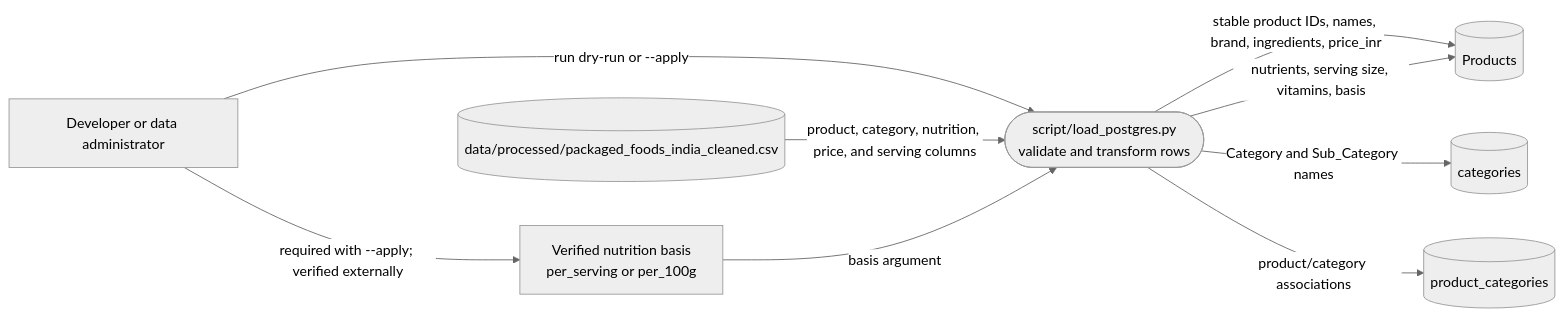
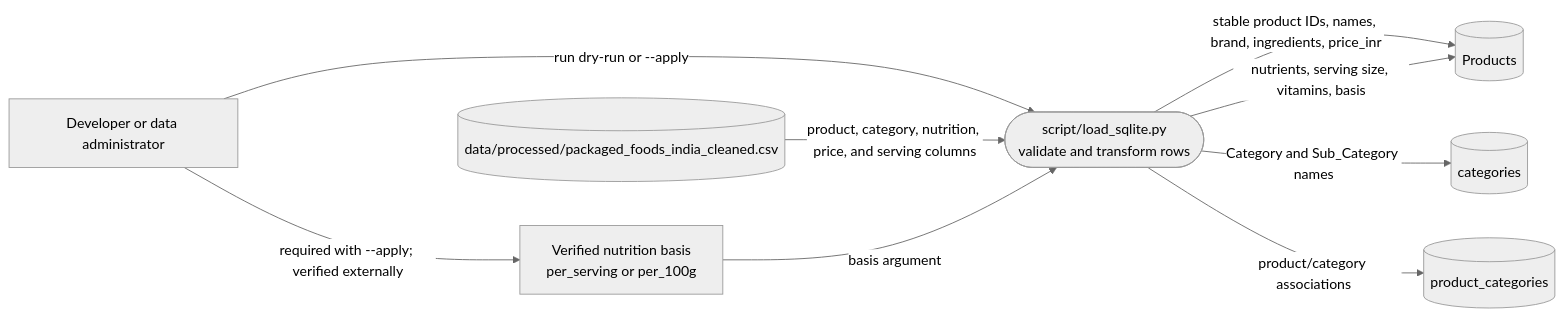
One commit to Nutrascore/nutrascore changed the fourth of 4 diagrams in docs/software-design/dfd-level-2.md. Above: the diagram before and after it, drawn with Mermaid (neutral theme). The commit also changed other lines of this file and 49 other files, not shown here.

````diff
--- a/docs/software-design/dfd-level-2.md
+++ b/docs/software-design/dfd-level-2.md
@@ -123,19 +123,19 @@
 ```mermaid
 flowchart LR
     A[Developer or data administrator]
     CSV[(data/processed/packaged_foods_india_cleaned.csv)]
-    LOAD(["script/load_postgres.py<br/>validate and transform rows"])
+    LOAD(["script/load_sqlite.py<br/>validate and transform rows"])
     BASIS[Verified nutrition basis<br/>per_serving or per_100g]
     P[(Products)]
     C[(categories)]
     PC[(product_categories)]
 
     A -->|run dry-run or --apply| LOAD
     CSV -->|product, category, nutrition, price, and serving columns| LOAD
     A -->|required with --apply; verified externally| BASIS
     BASIS -->|basis argument| LOAD
     LOAD -->|stable product IDs, names, brand, ingredients, price_inr| P
     LOAD -->|nutrients, serving size, vitamins, basis| P
     LOAD -->|Category and Sub_Category names| C
     LOAD -->|product/category associations| PC
 ```
````
